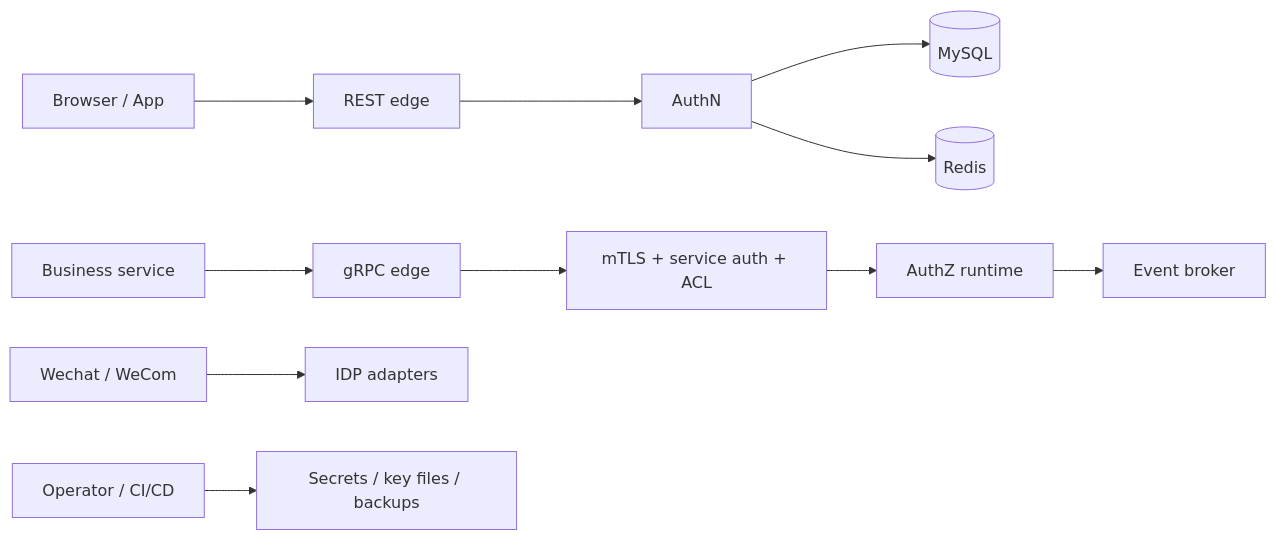
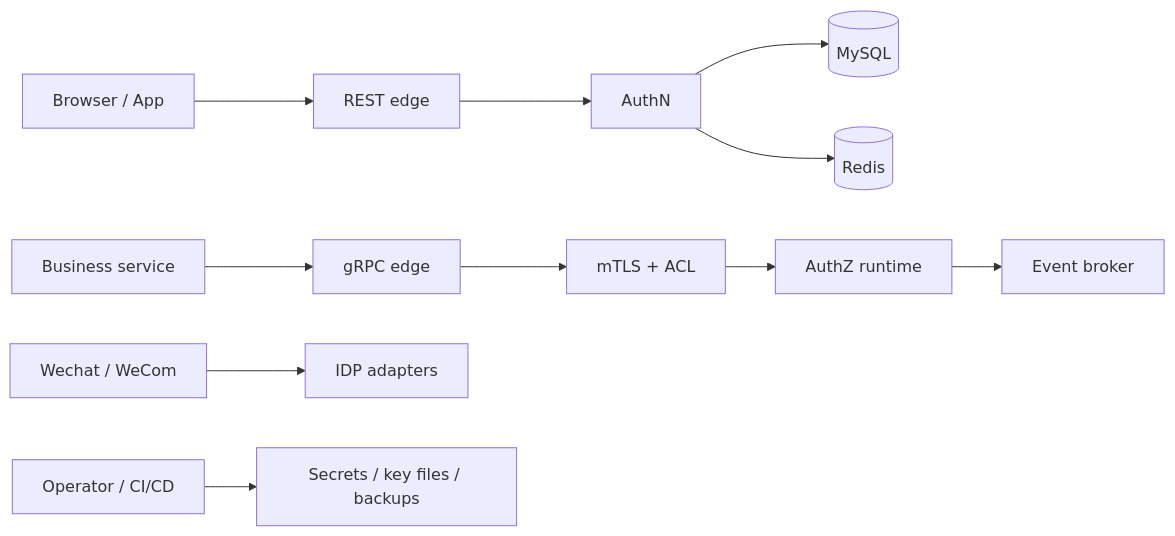
One commit to FangcunMount/iam-contracts changed the diagram in docs/06-专题设计/03-IAM威胁模型与安全边界.md. Above: the diagram before and after it, drawn with Mermaid. The commit also changed other lines of this file and 877 other files, not shown here.

````diff
--- a/docs/06-专题设计/03-IAM威胁模型与安全边界.md
+++ b/docs/06-专题设计/03-IAM威胁模型与安全边界.md
@@ -46,13 +46,13 @@
 ```mermaid
 flowchart LR
     Client["Browser / App"] --> Edge["REST edge"]
     Service["Business service"] --> RPC["gRPC edge"]
     Edge --> AuthN["AuthN"]
-    RPC --> SvcID["mTLS + service auth + ACL"]
+    RPC --> SvcID["mTLS + ACL"]
     Provider["Wechat / WeCom"] --> IDP["IDP adapters"]
     AuthN --> DB[(MySQL)]
     AuthN --> Redis[(Redis)]
     SvcID --> AuthZ["AuthZ runtime"]
     AuthZ --> Broker["Event broker"]
     Ops["Operator / CI/CD"] --> Secrets["Secrets / key files / backups"]
 ```
````
